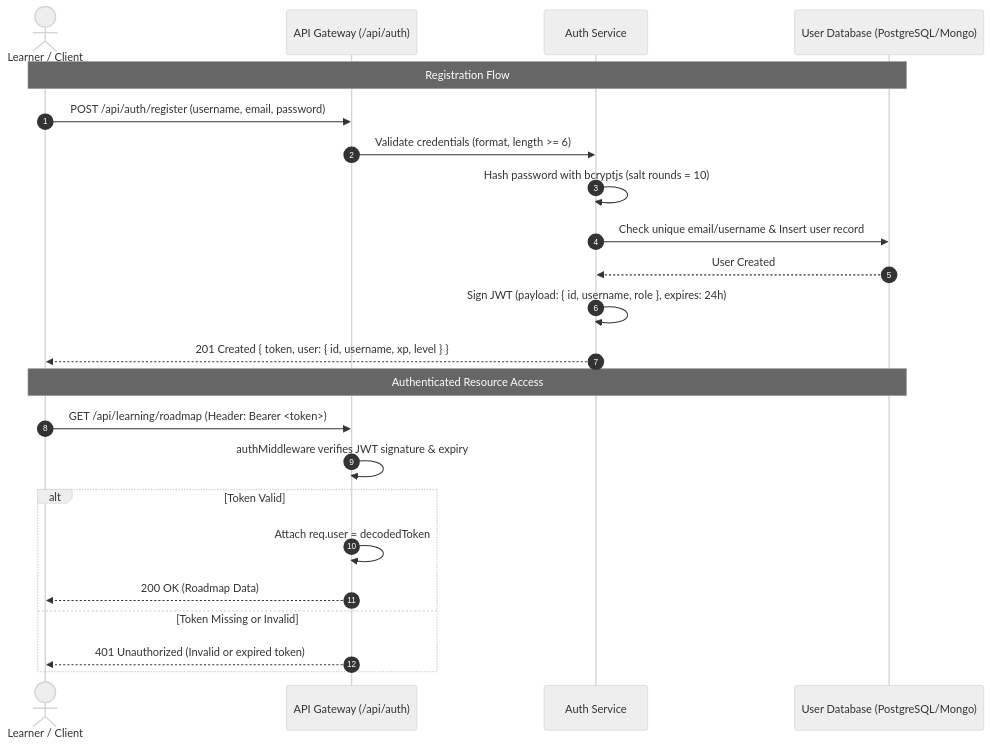
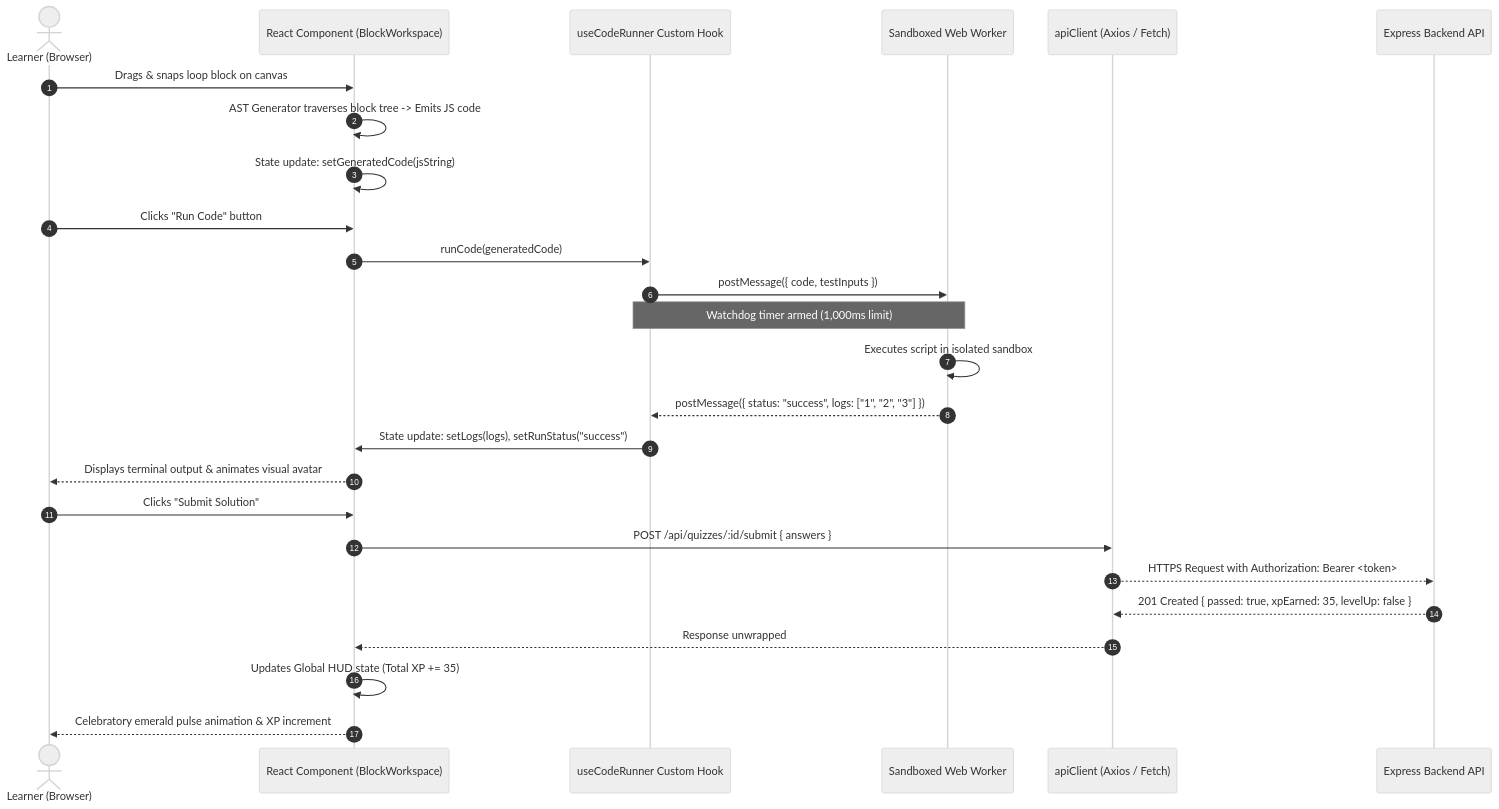
One commit to tanushreesrivastavs125-code/CodeVerse changed the third of 13 diagrams in docs/HLD.md. Above: the diagram before and after it, drawn with Mermaid (neutral theme). The commit also changed other lines of this file, not shown here.

Commit message:
docs: add high level design

````diff
--- a/docs/HLD.md
+++ b/docs/HLD.md
@@ -345,27 +491,29 @@
 ```mermaid
 sequenceDiagram
     autonumber
-    actor User as Learner / Client
-    participant API as API Gateway (/api/auth)
-    participant Auth as Auth Service
-    participant DB as User Database (PostgreSQL/Mongo)
+    actor Learner as Learner (Browser)
+    participant UI as React Component (BlockWorkspace)
+    participant Hook as useCodeRunner Custom Hook
+    participant Worker as Sandboxed Web Worker
+    participant API as apiClient (Axios / Fetch)
+    participant Backend as Express Backend API
 
-    Note over User,DB: Registration Flow
-    User->>API: POST /api/auth/register (username, email, password)
-    API->>Auth: Validate credentials (format, length >= 6)
-    Auth->>Auth: Hash password with bcryptjs (salt rounds = 10)
-    Auth->>DB: Check unique email/username & Insert user record
-    DB-->>Auth: User Created
-    Auth->>Auth: Sign JWT (payload: { id, username, role }, expires: 24h)
-    Auth-->>User: 201 Created { token, user: { id, username, xp, level } }
-
-    Note over User,DB: Authenticated Resource Access
-    User->>API: GET /api/learning/roadmap (Header: Bearer <token>)
-    API->>API: authMiddleware verifies JWT signature & expiry
-    alt Token Valid
-        API->>API: Attach req.user = decodedToken
-        API-->>User: 200 OK (Roadmap Data)
-    else Token Missing or Invalid
-        API-->>User: 401 Unauthorized (Invalid or expired token)
-    end
+    Learner->>UI: Drags & snaps loop block on canvas
+    UI->>UI: AST Generator traverses block tree -> Emits JS code
+    UI->>UI: State update: setGeneratedCode(jsString)
+    Learner->>UI: Clicks "Run Code" button
+    UI->>Hook: runCode(generatedCode)
+    Hook->>Worker: postMessage({ code, testInputs })
+    Note over Hook,Worker: Watchdog timer armed (1,000ms limit)
+    Worker->>Worker: Executes script in isolated sandbox
+    Worker-->>Hook: postMessage({ status: "success", logs: ["1", "2", "3"] })
+    Hook->>UI: State update: setLogs(logs), setRunStatus("success")
+    UI-->>Learner: Displays terminal output & animates visual avatar
+    Learner->>UI: Clicks "Submit Solution"
+    UI->>API: POST /api/quizzes/:id/submit { answers }
+    API-->>Backend: HTTPS Request with Authorization: Bearer <token>
+    Backend-->>API: 201 Created { passed: true, xpEarned: 35, levelUp: false }
+    API-->>UI: Response unwrapped
+    UI->>UI: Updates Global HUD state (Total XP += 35)
+    UI-->>Learner: Celebratory emerald pulse animation & XP increment
 ```
````
